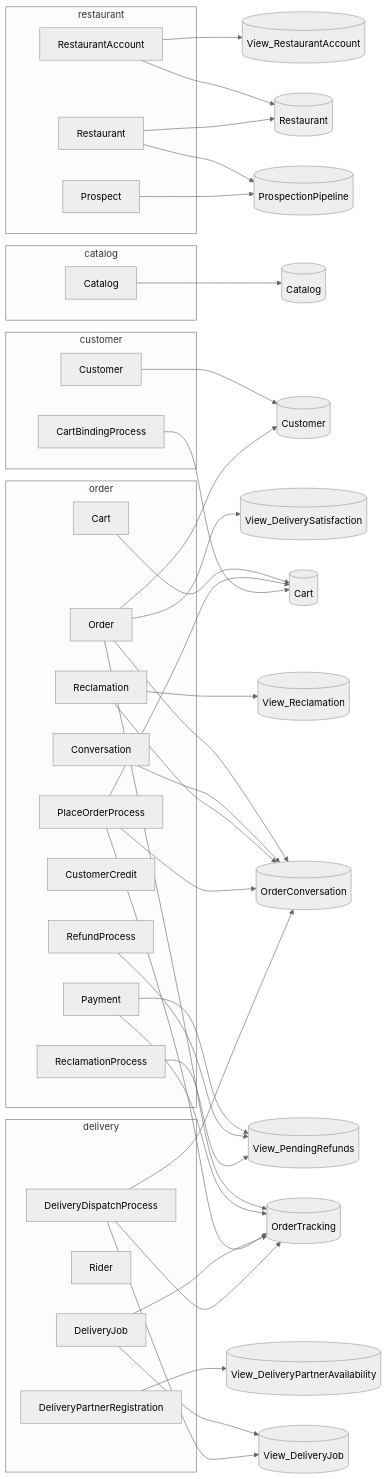
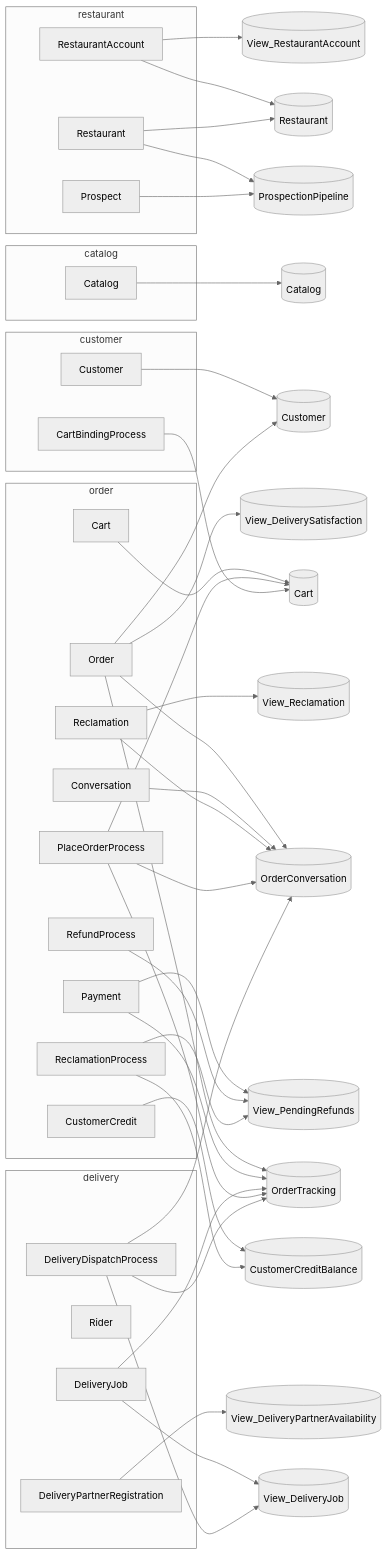
One commit to TheCaptainCompany/captain-food changed the second of 7 diagrams in specs/generated/c4.generated.md. Above: the diagram before and after it, drawn with Mermaid (neutral theme). The commit also changed 32 other files, not shown here.

First line of the commit message:
feat(#207): customer credit is now visible + spendable — closes the reclamation automations

````diff
--- a/specs/generated/c4.generated.md
+++ b/specs/generated/c4.generated.md
@@ -64,74 +64,77 @@
 ```mermaid
 flowchart LR
   subgraph g_restaurant["restaurant"]
     a_RestaurantAccount["RestaurantAccount"]
     a_Restaurant["Restaurant"]
     a_Prospect["Prospect"]
   end
   subgraph g_catalog["catalog"]
     a_Catalog["Catalog"]
   end
   subgraph g_order["order"]
     a_Cart["Cart"]
     a_Order["Order"]
     a_Payment["Payment"]
     a_Conversation["Conversation"]
     a_Reclamation["Reclamation"]
     a_CustomerCredit["CustomerCredit"]
     a_PlaceOrderProcess["PlaceOrderProcess"]
     a_RefundProcess["RefundProcess"]
     a_ReclamationProcess["ReclamationProcess"]
   end
   subgraph g_customer["customer"]
     a_Customer["Customer"]
     a_CartBindingProcess["CartBindingProcess"]
   end
   subgraph g_delivery["delivery"]
     a_DeliveryJob["DeliveryJob"]
     a_Rider["Rider"]
     a_DeliveryPartnerRegistration["DeliveryPartnerRegistration"]
     a_DeliveryDispatchProcess["DeliveryDispatchProcess"]
   end
   v_View_RestaurantAccount[("View_RestaurantAccount")]
   v_Restaurant[("Restaurant")]
   v_ProspectionPipeline[("ProspectionPipeline")]
   v_View_DeliveryPartnerAvailability[("View_DeliveryPartnerAvailability")]
   v_Catalog[("Catalog")]
   v_Customer[("Customer")]
   v_Cart[("Cart")]
   v_OrderTracking[("OrderTracking")]
   v_OrderConversation[("OrderConversation")]
   v_View_DeliverySatisfaction[("View_DeliverySatisfaction")]
   v_View_PendingRefunds[("View_PendingRefunds")]
   v_View_DeliveryJob[("View_DeliveryJob")]
   v_View_Reclamation[("View_Reclamation")]
+  v_CustomerCreditBalance[("CustomerCreditBalance")]
   a_RestaurantAccount --> v_View_RestaurantAccount
   a_RestaurantAccount --> v_Restaurant
   a_Restaurant --> v_Restaurant
   a_Restaurant --> v_ProspectionPipeline
   a_Prospect --> v_ProspectionPipeline
   a_DeliveryPartnerRegistration --> v_View_DeliveryPartnerAvailability
   a_Catalog --> v_Catalog
   a_Customer --> v_Customer
   a_Cart --> v_Cart
   a_Order --> v_OrderTracking
   a_Order --> v_OrderConversation
   a_Order --> v_Customer
   a_Order --> v_View_DeliverySatisfaction
   a_Payment --> v_OrderTracking
   a_Payment --> v_View_PendingRefunds
   a_DeliveryJob --> v_View_DeliveryJob
   a_DeliveryJob --> v_OrderTracking
   a_Conversation --> v_OrderConversation
   a_Reclamation --> v_View_Reclamation
   a_Reclamation --> v_OrderConversation
+  a_CustomerCredit --> v_CustomerCreditBalance
   a_PlaceOrderProcess --> v_OrderTracking
   a_PlaceOrderProcess --> v_OrderConversation
   a_PlaceOrderProcess --> v_Cart
   a_RefundProcess --> v_View_PendingRefunds
   a_CartBindingProcess --> v_Cart
   a_DeliveryDispatchProcess --> v_View_DeliveryJob
   a_DeliveryDispatchProcess --> v_OrderTracking
   a_DeliveryDispatchProcess --> v_OrderConversation
+  a_ReclamationProcess --> v_CustomerCreditBalance
   a_ReclamationProcess --> v_View_PendingRefunds
 ```
````
